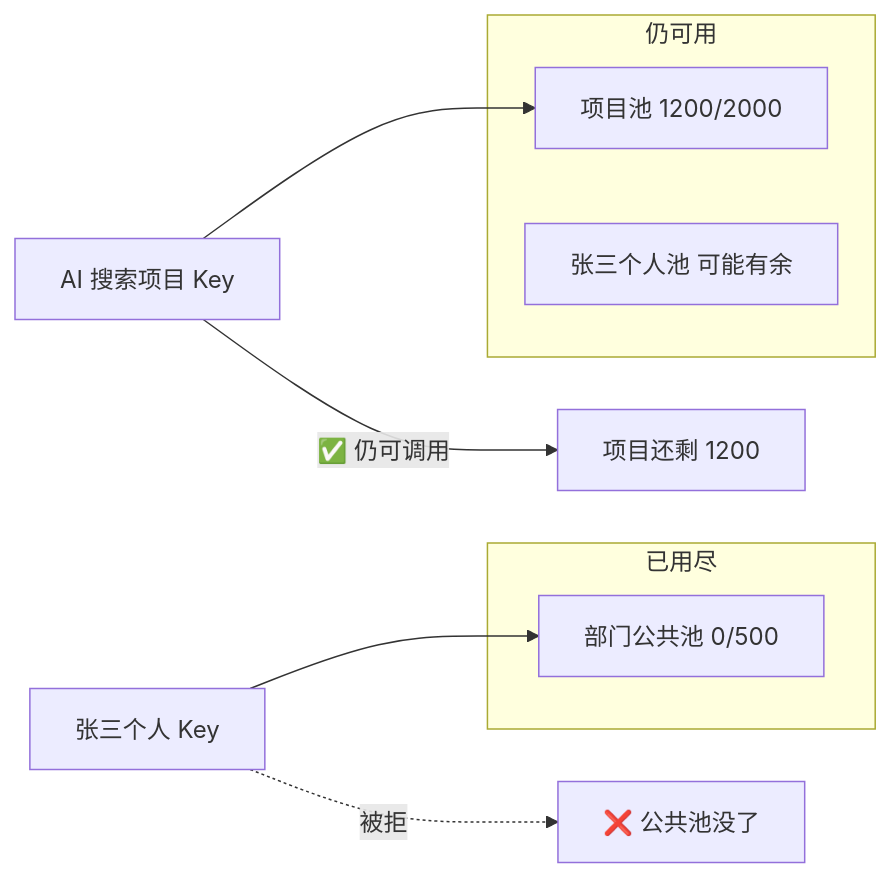
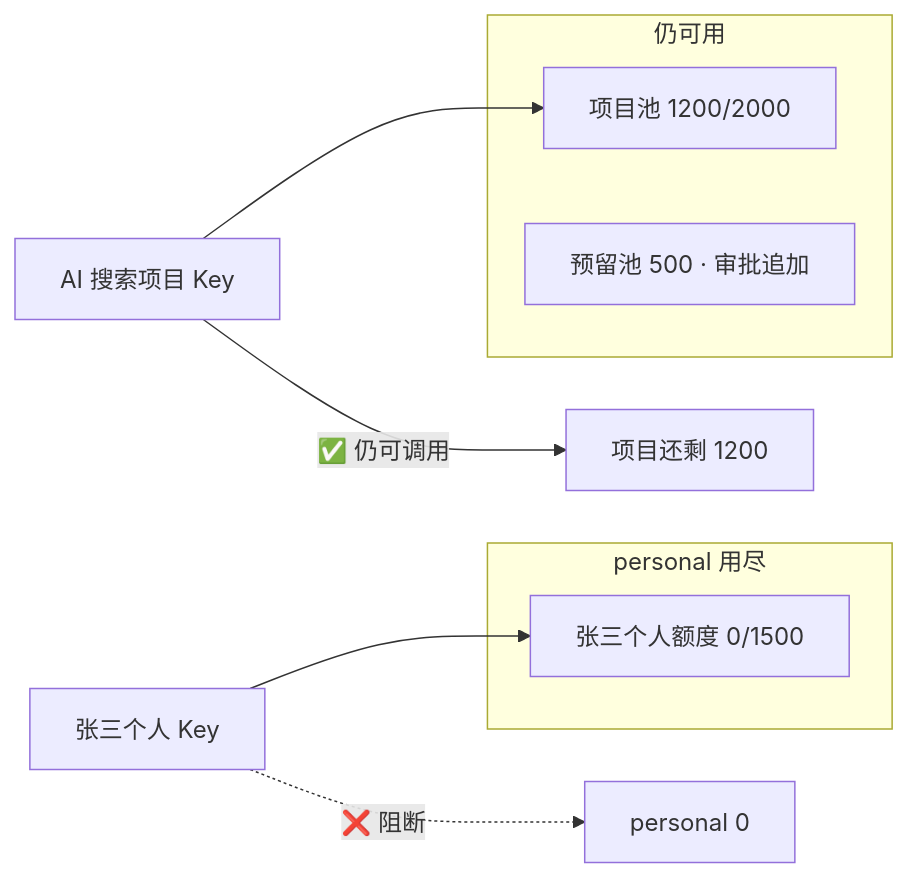
One commit to quyip8818/mytokenjoy changed the eighth of 8 diagrams in docs/预算分配与扣减.md. Above: the diagram before and after it, drawn with Mermaid. The commit also changed other lines of this file and 105 other files, not shown here.

````diff
--- a/docs/预算分配与扣减.md
+++ b/docs/预算分配与扣减.md
@@ -415,17 +468,17 @@
 ```mermaid
 flowchart LR
-  subgraph exhausted [已用尽]
-    PUB[部门公共池 0/500]
+  subgraph blocked [personal 用尽]
+    PERS[张三个人额度 0/1500]
   end
 
   subgraph ok [仍可用]
     PROJ[项目池 1200/2000]
-    PERS[张三个人池 可能有余]
+    POOL[预留池 500 · 审批追加]
   end
 
-  PK[张三个人 Key] --> PUB
-  PK -.->|被拒| X[❌ 公共池没了]
+  PK[张三个人 Key] --> PERS
+  PK -.->|❌ 阻断| X[personal 0]
 
   GK[AI 搜索项目 Key] --> PROJ
   GK -->|✅ 仍可调用| OK[项目还剩 1200]
 ```
````
